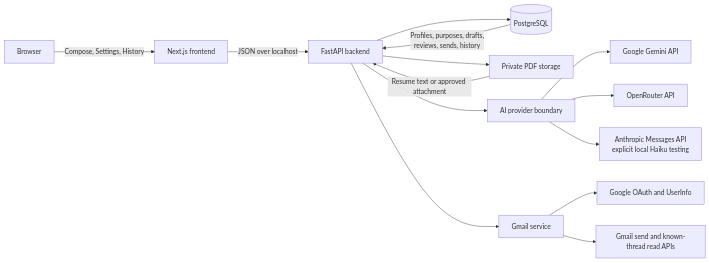
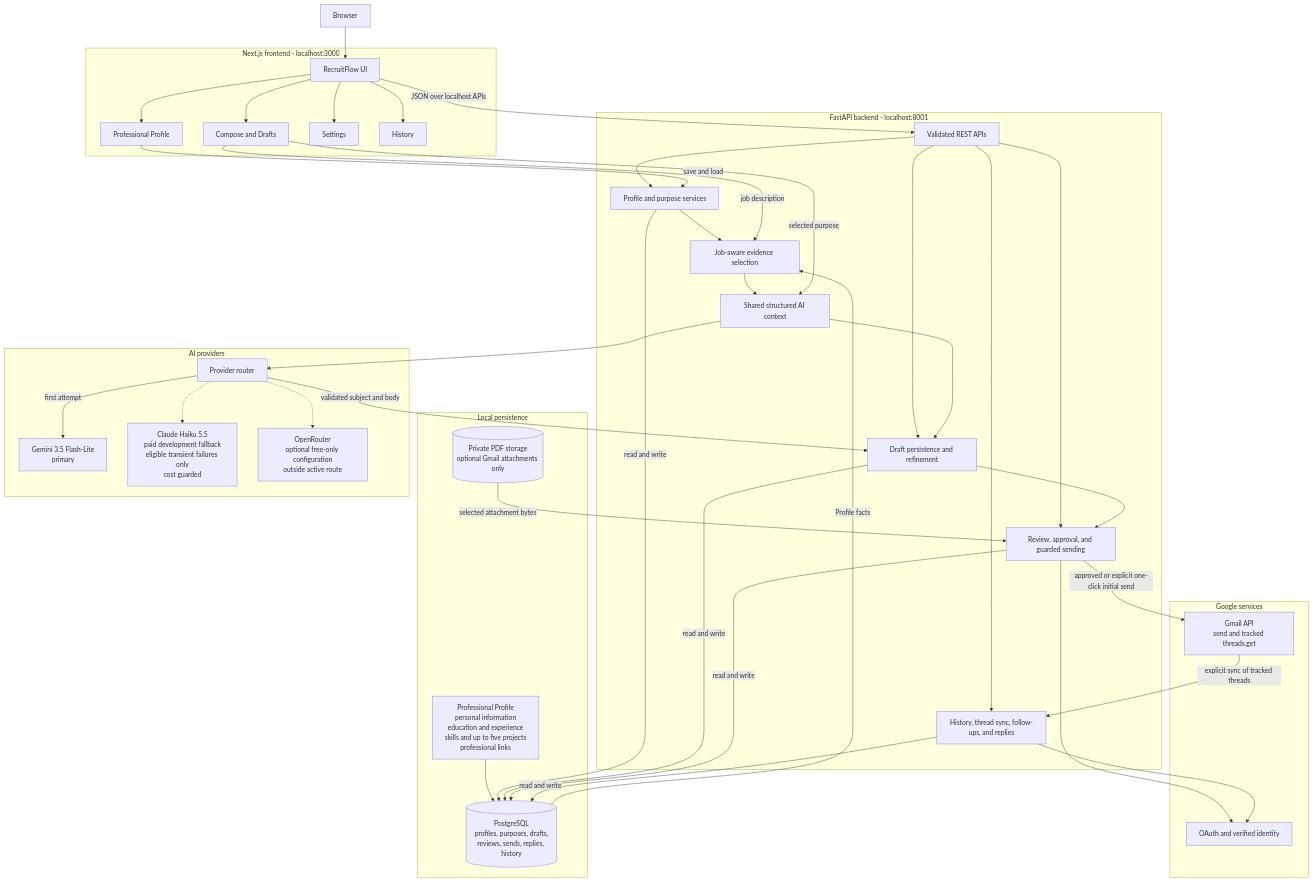
The diagram in README.md (Shounak96/RecruitFlow-AI), drawn with Mermaid before and after one commit. The commit also changed other lines of this file and 1 other file, not shown here.

Commit message:
docs: update V2 architecture and setup guidance

````diff
--- a/README.md
+++ b/README.md
@@ -27,19 +27,79 @@
 ```mermaid
-flowchart LR
-    U[Browser] -->|Compose, Settings, History| F[Next.js frontend]
-    F -->|JSON over localhost| B[FastAPI backend]
+flowchart TB
+    User[Browser]
 
-    B --> DB[(PostgreSQL)]
-    B --> FS[Private PDF storage]
-    B --> AI[AI provider boundary]
-    AI --> G[Google Gemini API]
-    AI --> O[OpenRouter API]
-    AI --> A[Anthropic Messages API\nexplicit local Haiku testing]
+    subgraph Frontend[Next.js frontend - localhost:3000]
+        Web[RecruitFlow UI]
+        Compose[Compose and Drafts]
+        ProfileUI[Professional Profile]
+        Settings[Settings]
+        History[History]
+        Web --> Compose
+        Web --> ProfileUI
+        Web --> Settings
+        Web --> History
+    end
 
-    B --> GS[Gmail service]
-    GS --> GO[Google OAuth and UserInfo]
-    GS --> GM[Gmail send and known-thread read APIs]
+    User --> Web
 
-    DB -->|Profiles, purposes, drafts,<br/>reviews, sends, history| B
-    FS -->|Resume text or approved attachment| B
+    subgraph Backend[FastAPI backend - localhost:8001]
+        API[Validated REST APIs]
+        ProfileAPI[Profile and purpose services]
+        Evidence[Job-aware evidence selection]
+        Context[Shared structured AI context]
+        DraftFlow[Draft persistence and refinement]
+        SendFlow[Review, approval, and guarded sending]
+        ReplyFlow[History, thread sync, follow-ups, and replies]
+
+        API --> ProfileAPI
+        API --> DraftFlow
+        API --> SendFlow
+        API --> ReplyFlow
+        ProfileAPI --> Evidence
+        Evidence --> Context
+        Context --> DraftFlow
+        DraftFlow --> SendFlow
+    end
+
+    Web -->|JSON over localhost APIs| API
+
+    subgraph Data[Local persistence]
+        DB[(PostgreSQL<br/>profiles, purposes, drafts,<br/>reviews, sends, replies, history)]
+        ProfileData[Professional Profile<br/>personal information<br/>education and experience<br/>skills and up to five projects<br/>professional links]
+        PDFs[(Private PDF storage<br/>optional Gmail attachments only)]
+        ProfileData --> DB
+    end
+
+    ProfileUI -->|save and load| ProfileAPI
+    ProfileAPI -->|read and write| DB
+    DraftFlow -->|read and write| DB
+    SendFlow -->|read and write| DB
+    ReplyFlow -->|read and write| DB
+    DB -->|Profile facts| Evidence
+    Compose -->|job description| Evidence
+    Compose -->|selected purpose| Context
+
+    subgraph Providers[AI providers]
+        Router[Provider router]
+        Gemini[Gemini 3.5 Flash-Lite<br/>primary]
+        Haiku[Claude Haiku 5.5<br/>paid development fallback<br/>eligible transient failures only<br/>cost guarded]
+        OpenRouter[OpenRouter<br/>optional free-only configuration<br/>outside active route]
+        Router -->|first attempt| Gemini
+        Router -.-> Haiku
+        Router -.-> OpenRouter
+    end
+
+    Context --> Router
+    Router -->|validated subject and body| DraftFlow
+
+    subgraph Google[Google services]
+        OAuth[OAuth and verified identity]
+        Gmail[Gmail API<br/>send and tracked threads.get]
+    end
+
+    PDFs -->|selected attachment bytes| SendFlow
+    SendFlow --> OAuth
+    ReplyFlow --> OAuth
+    SendFlow -->|approved or explicit one-click initial send| Gmail
+    Gmail -->|explicit sync of tracked threads| ReplyFlow
 ```
````
